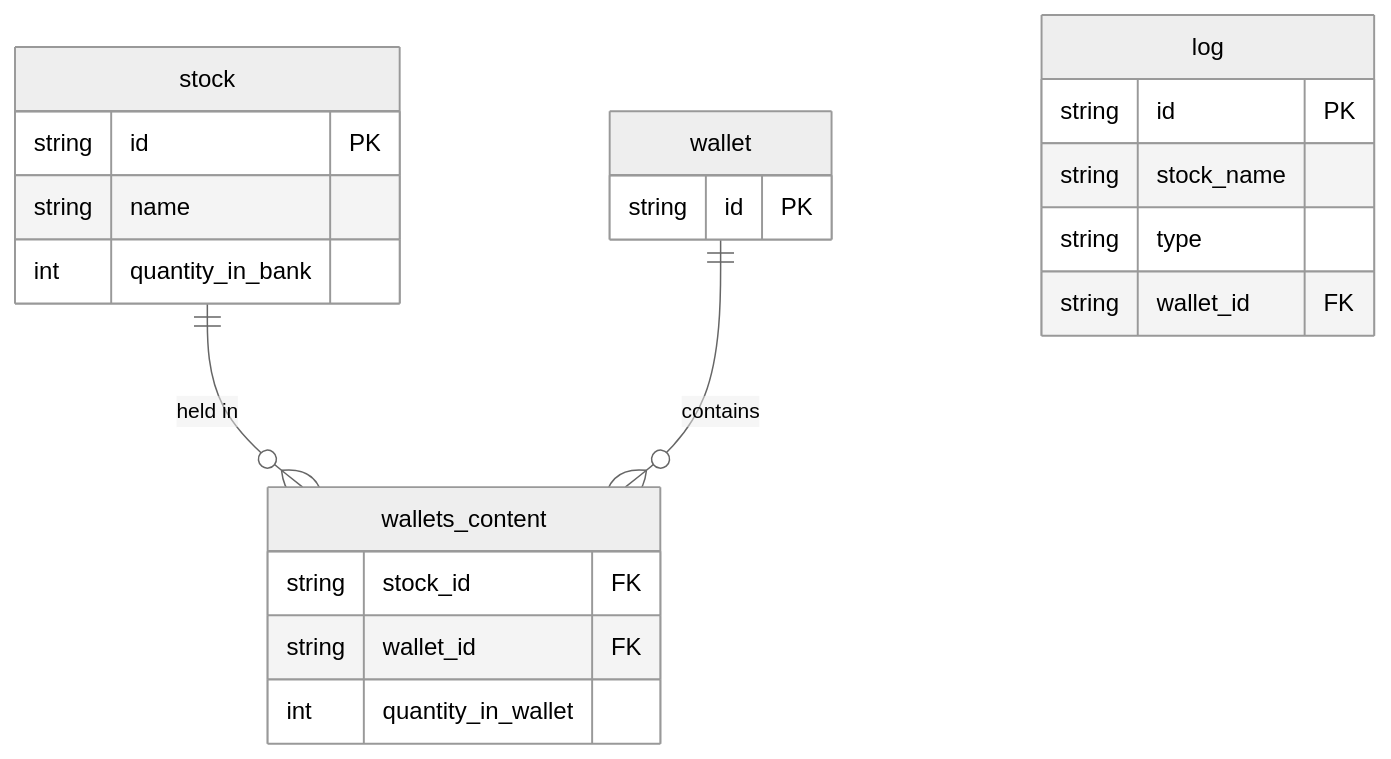
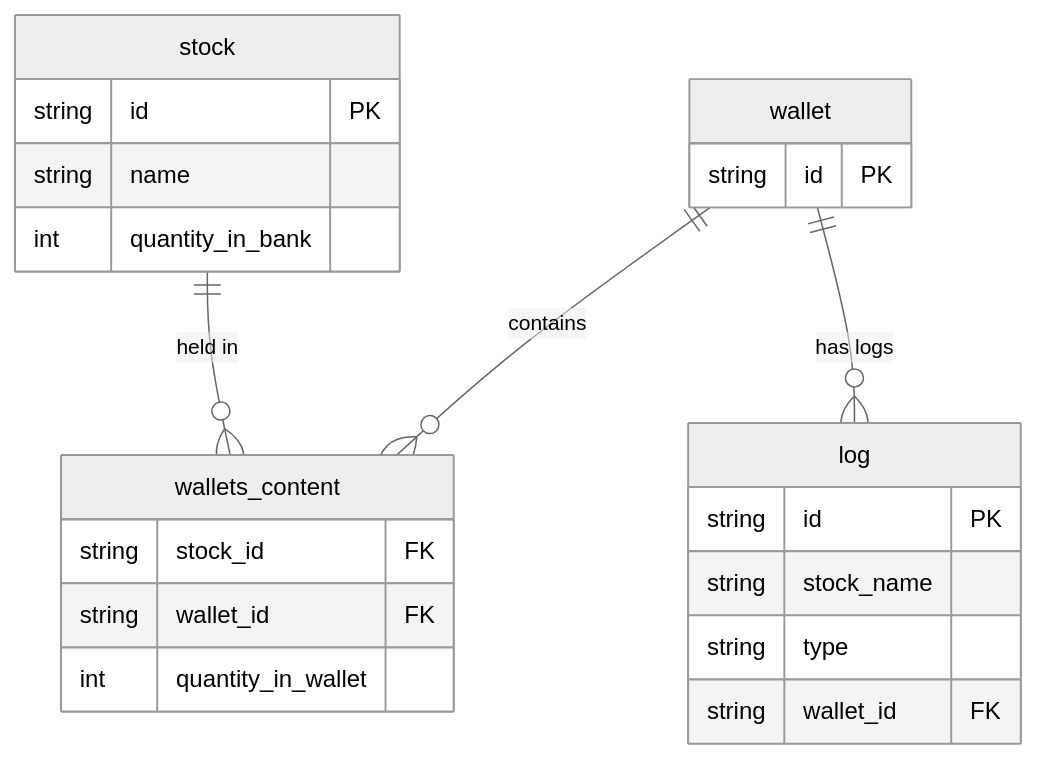
Before and after one commit to c-i-a-s-t-e-k/simplified-stock-market: the diagram in TECHNICAL.md, drawn with Mermaid (neutral theme). The commit also changed other lines of this file and 1 other file, not shown here.

````diff
--- a/TECHNICAL.md
+++ b/TECHNICAL.md
@@ -169,25 +41,26 @@
 ```mermaid
 erDiagram
   stock {
     string id PK
     string name
     int quantity_in_bank
   }
   wallet {
     string id PK
   }
   wallets_content {
     string stock_id FK
     string wallet_id FK
     int quantity_in_wallet
   }
   log {
     string id PK
     string stock_name
     string type
     string wallet_id FK
   }
 
   stock ||--o{ wallets_content : "held in"
   wallet ||--o{ wallets_content : "contains"
+  wallet ||--o{ log : "has logs"
 ```
````
